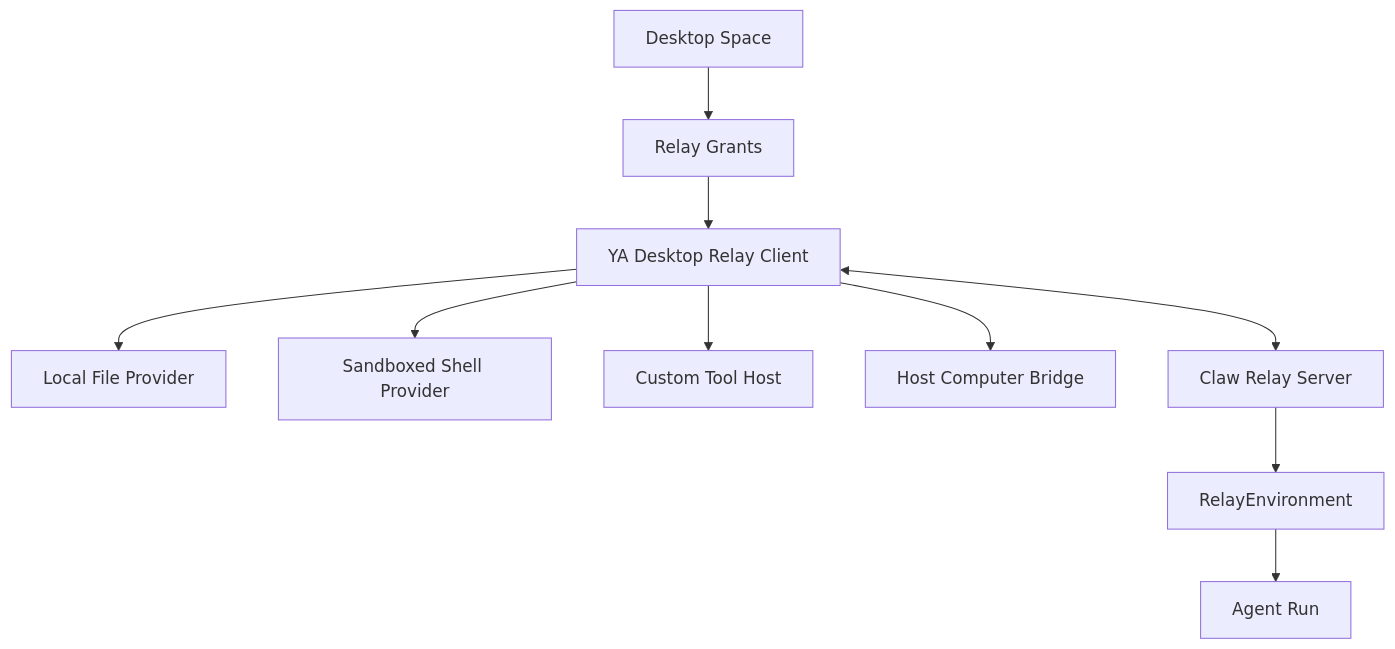
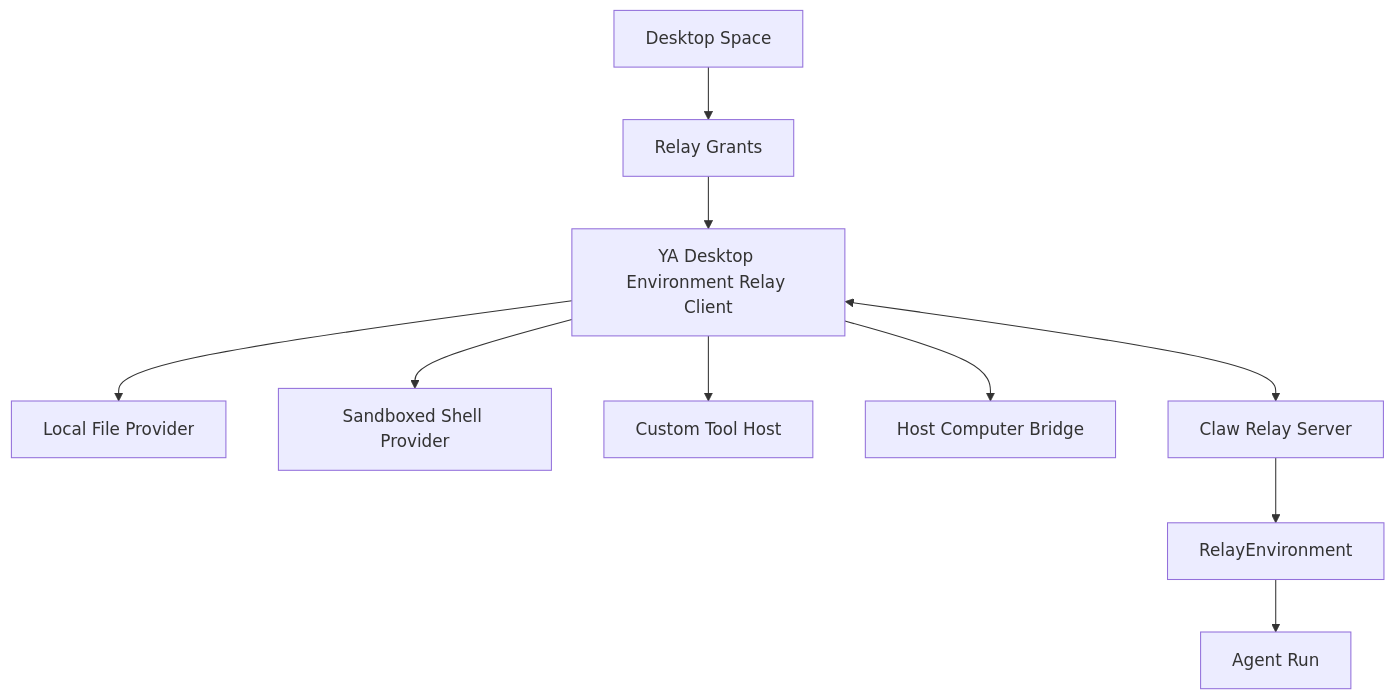
The first of 2 diagrams in apps/ya-desktop/spec/09-desktop-relay.md (Alexsu26/ya-mono), drawn with Mermaid before and after one commit. The commit also changed other lines of this file and 96 other files, not shown here.

````diff
--- a/apps/ya-desktop/spec/09-desktop-relay.md
+++ b/apps/ya-desktop/spec/09-desktop-relay.md
@@ -31,13 +31,13 @@
 ```mermaid
 flowchart TB
     Space[Desktop Space] --> Grants[Relay Grants]
-    Grants --> RelayClient[YA Desktop Relay Client]
+    Grants --> RelayClient[YA Desktop Environment Relay Client]
     RelayClient --> LocalFS[Local File Provider]
     RelayClient --> LocalShell[Sandboxed Shell Provider]
     RelayClient --> ToolHost[Custom Tool Host]
     RelayClient --> ComputerBridge[Host Computer Bridge]
 
     RelayClient <--> Claw[Claw Relay Server]
     Claw --> Environment[RelayEnvironment]
     Environment --> Agent[Agent Run]
 ```
````
